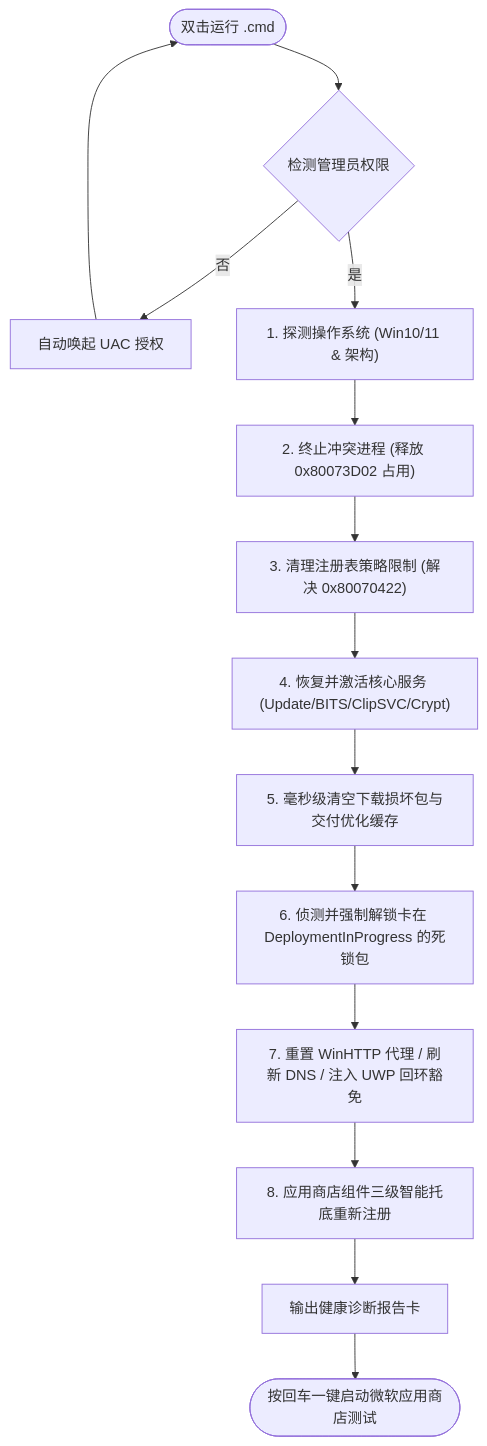
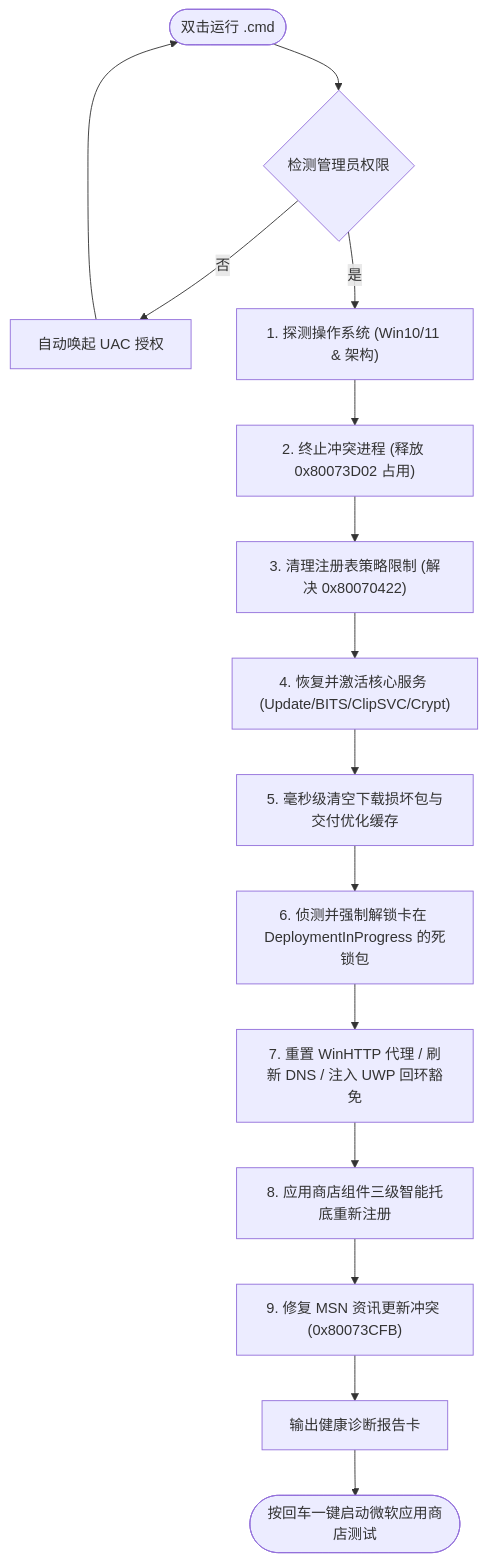
Before and after one commit to 1837620622/MicrosoftStoreRepairTool: the second of 2 diagrams in README.md, drawn with Mermaid. The commit also changed other lines of this file and 1 other file, not shown here.

First line of the commit message:
fix: repair MSN News 0x80073CFB conflict and harden the tool

````diff
--- a/README.md
+++ b/README.md
@@ -185,17 +202,18 @@
 ```mermaid
 flowchart TD
     Start(["双击运行 .cmd"]) --> Elevate{"检测管理员权限"}
     Elevate --"否"--> UAC["自动唤起 UAC 授权"] --> Start
     Elevate --"是"--> Step1["1. 探测操作系统 (Win10/11 & 架构)"]
     
     Step1 --> Step2["2. 终止冲突进程 (释放 0x80073D02 占用)"]
     Step2 --> Step3["3. 清理注册表策略限制 (解决 0x80070422)"]
     Step3 --> Step4["4. 恢复并激活核心服务 (Update/BITS/ClipSVC/Crypt)"]
     Step4 --> Step5["5. 毫秒级清空下载损坏包与交付优化缓存"]
     Step5 --> Step6["6. 侦测并强制解锁卡在 DeploymentInProgress 的死锁包"]
     Step6 --> Step7["7. 重置 WinHTTP 代理 / 刷新 DNS / 注入 UWP 回环豁免"]
     Step7 --> Step8["8. 应用商店组件三级智能托底重新注册"]
+    Step8 --> Step9["9. 修复 MSN 资讯更新冲突 (0x80073CFB)"]
     
-    Step8 --> Report["输出健康诊断报告卡"]
+    Step9 --> Report["输出健康诊断报告卡"]
     Report --> Finish(["按回车一键启动微软应用商店测试"])
 ```
````
